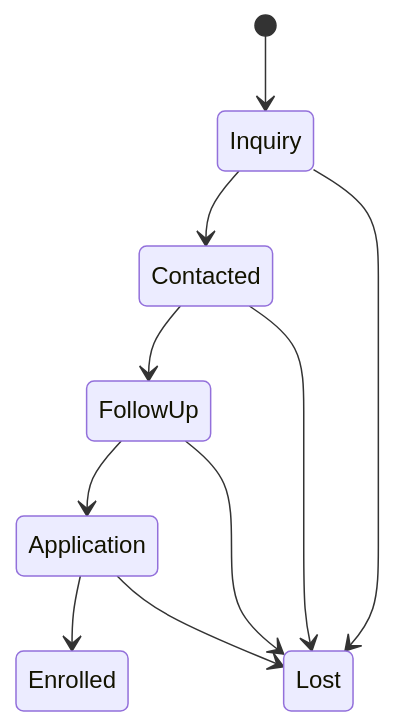
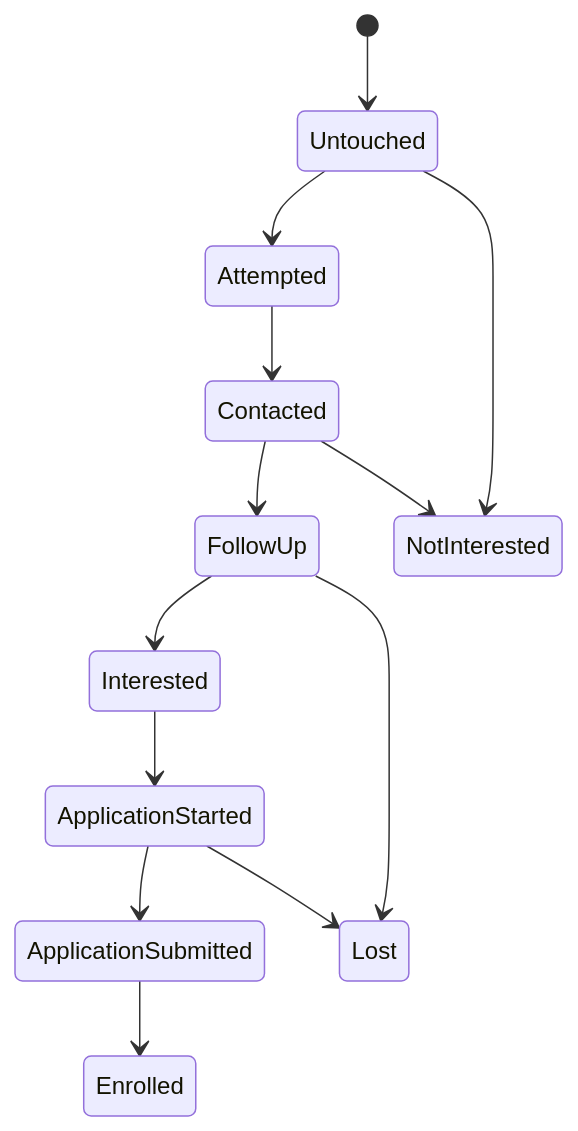
The third of 3 diagrams in docs/SYSTEM_WIREMAP.md (sunandgarg/crm-dc), drawn with Mermaid before and after one commit. The commit also changed other lines of this file and 28 other files, not shown here.

````diff
--- a/docs/SYSTEM_WIREMAP.md
+++ b/docs/SYSTEM_WIREMAP.md
@@ -35,12 +61,15 @@
 ```mermaid
 stateDiagram-v2
-  [*] --> Inquiry
-  Inquiry --> Contacted
+  [*] --> Untouched
+  Untouched --> Attempted
+  Attempted --> Contacted
   Contacted --> FollowUp
-  FollowUp --> Application
-  Application --> Enrolled
-  Inquiry --> Lost
-  Contacted --> Lost
+  FollowUp --> Interested
+  Interested --> ApplicationStarted
+  ApplicationStarted --> ApplicationSubmitted
+  ApplicationSubmitted --> Enrolled
+  Untouched --> NotInterested
+  Contacted --> NotInterested
   FollowUp --> Lost
-  Application --> Lost
+  ApplicationStarted --> Lost
 ```
````
